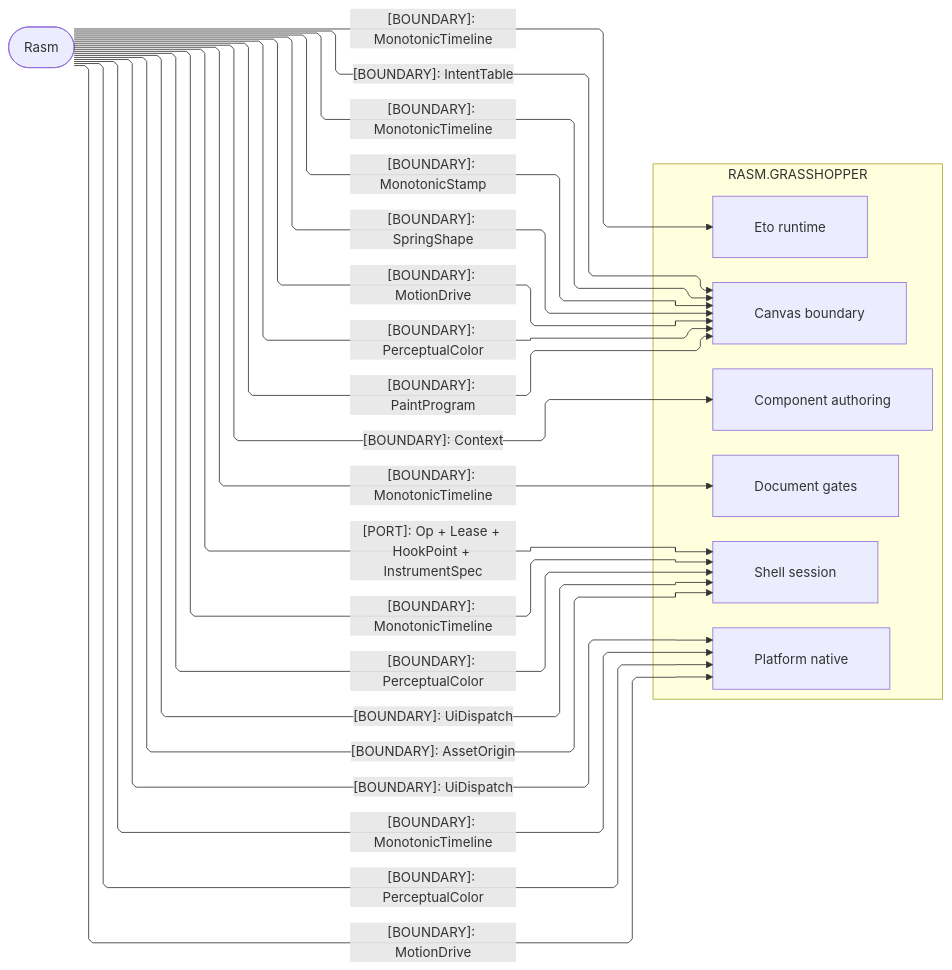
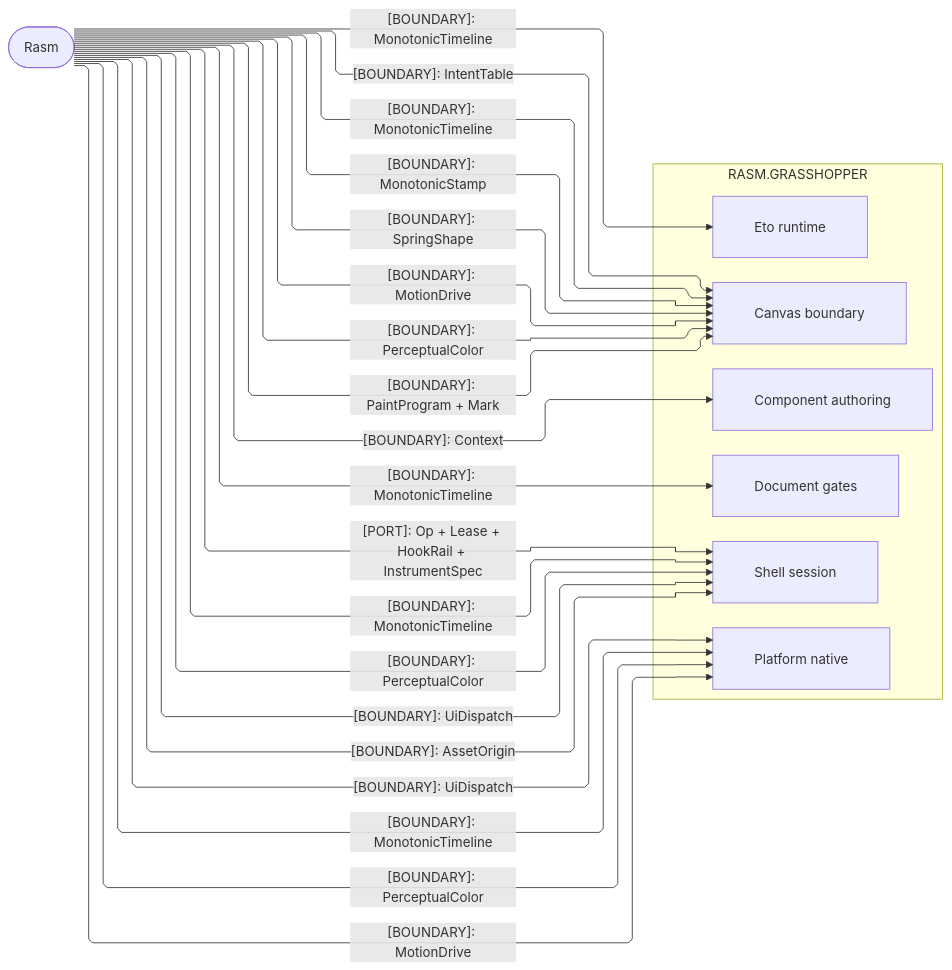
One commit to bsamiee/Rasm changed the second of 3 diagrams in libs/csharp/Rasm.Grasshopper/ARCHITECTURE.md. Above: the diagram before and after it, drawn with Mermaid. The commit also changed other lines of this file and 56 other files, not shown here.

````diff
--- a/libs/csharp/Rasm.Grasshopper/ARCHITECTURE.md
+++ b/libs/csharp/Rasm.Grasshopper/ARCHITECTURE.md
@@ -110,40 +109,40 @@
 ```mermaid
 ---
 config:
   layout: elk
   flowchart:
     curve: linear
     padding: 25
 ---
 flowchart LR
     accTitle: Grasshopper host-boundary kernel seams
     accDescr: Which kernel contracts the Grasshopper boundary admits, one edge per contract family labeled by kind.
     subgraph grasshopper[RASM.GRASSHOPPER]
         Canvas[Canvas boundary]
         Document[Document gates]
         Eto[Eto runtime]
         Shell[Shell session]
         Platform[Platform native]
         Components[Component authoring]
     end
     Rasm([Rasm])
     Rasm e1@-->|"[BOUNDARY]: Context"| Components
     Rasm e2@-->|"[BOUNDARY]: MonotonicTimeline"| Canvas
     Rasm e3@-->|"[BOUNDARY]: MonotonicStamp"| Canvas
     Rasm e4@-->|"[BOUNDARY]: SpringShape"| Canvas
     Rasm e5@-->|"[BOUNDARY]: MotionDrive"| Canvas
     Rasm e6@-->|"[BOUNDARY]: PerceptualColor"| Canvas
-    Rasm e7@-->|"[BOUNDARY]: PaintProgram"| Canvas
+    Rasm e7@-->|"[BOUNDARY]: PaintProgram + Mark"| Canvas
     Rasm e8@-->|"[BOUNDARY]: IntentTable"| Canvas
     Rasm e9@-->|"[BOUNDARY]: MonotonicTimeline"| Document
     Rasm e10@-->|"[BOUNDARY]: MonotonicTimeline"| Eto
     Rasm e11@-->|"[BOUNDARY]: MonotonicTimeline"| Shell
     Rasm e12@-->|"[BOUNDARY]: PerceptualColor"| Shell
     Rasm e13@-->|"[BOUNDARY]: UiDispatch"| Shell
     Rasm e14@-->|"[BOUNDARY]: AssetOrigin"| Shell
-    Rasm e15@-->|"[PORT]: Op + Lease + HookPoint + InstrumentSpec"| Shell
+    Rasm e15@-->|"[PORT]: Op + Lease + HookRail + InstrumentSpec"| Shell
     Rasm e16@-->|"[BOUNDARY]: MonotonicTimeline"| Platform
     Rasm e17@-->|"[BOUNDARY]: PerceptualColor"| Platform
     Rasm e18@-->|"[BOUNDARY]: MotionDrive"| Platform
     Rasm e19@-->|"[BOUNDARY]: UiDispatch"| Platform
 ```
````
